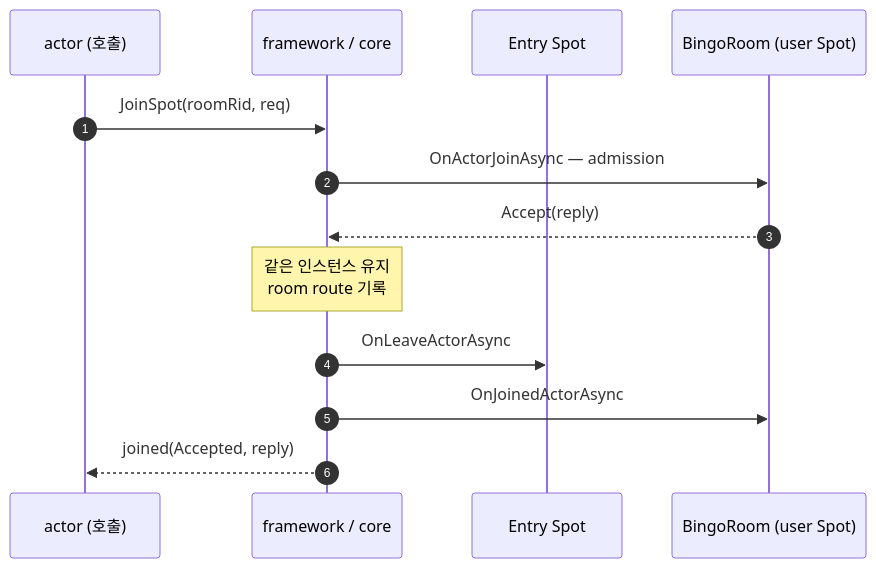
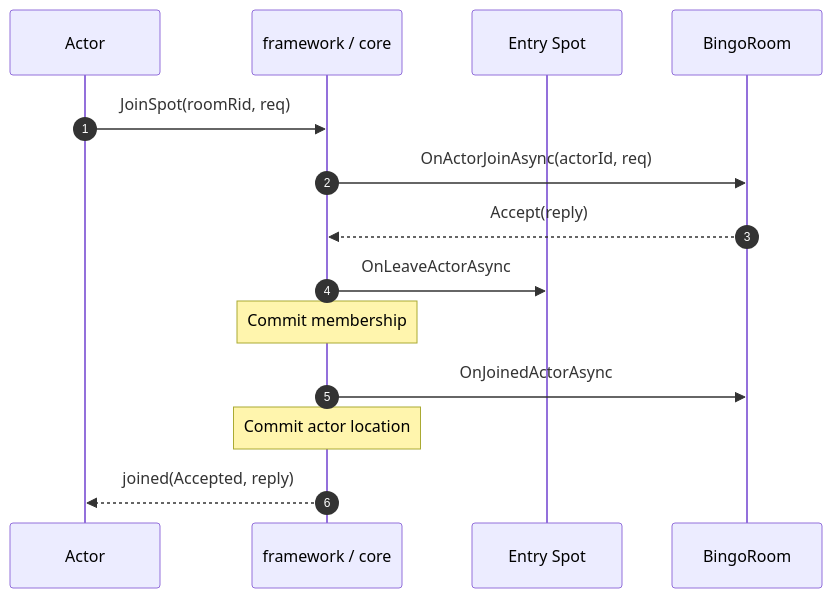
One commit to kairos-code-dev/zlink changed the first of 2 diagrams in framework/doc/framework/dotnet/guide/06-actor-spot.ko.md. Above: the diagram before and after it, drawn with Mermaid. The commit also changed other lines of this file and 76 other files, not shown here.

````diff
--- a/framework/doc/framework/dotnet/guide/06-actor-spot.ko.md
+++ b/framework/doc/framework/dotnet/guide/06-actor-spot.ko.md
@@ -169,15 +168,16 @@
 ```mermaid
 sequenceDiagram
   autonumber
-  participant A as actor (호출)
+  participant A as Actor
   participant FW as framework / core
   participant E as Entry Spot
-  participant R as BingoRoom (user Spot)
+  participant R as BingoRoom
   A->>FW: JoinSpot(roomRid, req)
-  FW->>R: OnActorJoinAsync — admission
+  FW->>R: OnActorJoinAsync(actorId, req)
   R-->>FW: Accept(reply)
-  Note over FW: 같은 인스턴스 유지<br/>room route 기록
   FW->>E: OnLeaveActorAsync
+  Note over FW: Commit membership
   FW->>R: OnJoinedActorAsync
+  Note over FW: Commit actor location
   FW-->>A: joined(Accepted, reply)
 ```
````
